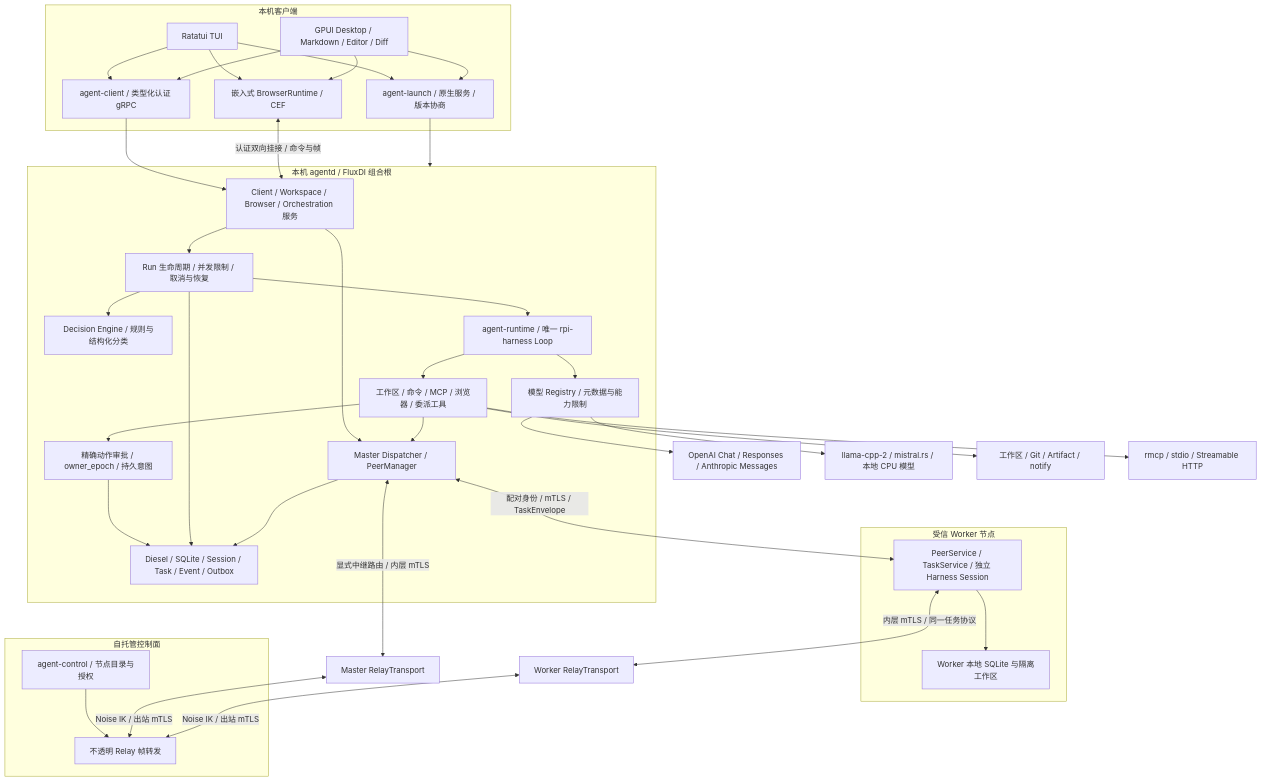
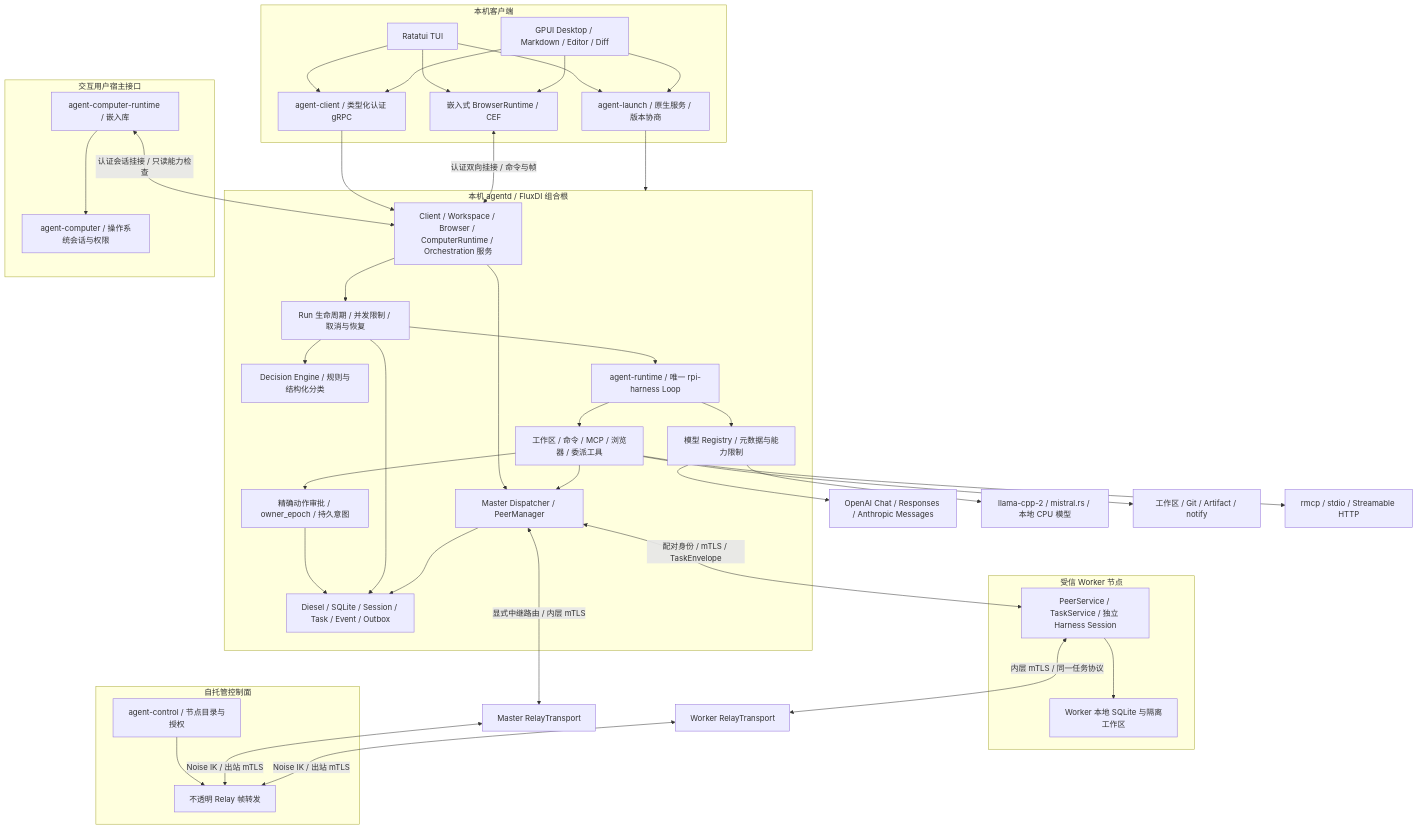
The first of 4 diagrams in docs/zh/src/architecture.md (lyonbrown4d/lyonbrown), drawn with Mermaid before and after one commit. The commit also changed other lines of this file and 29 other files, not shown here.

Commit message:
feat: attach computer runtime to authenticated daemon sessions

````diff
--- a/docs/zh/src/architecture.md
+++ b/docs/zh/src/architecture.md
@@ -7,62 +7,68 @@
 ```mermaid
 flowchart TB
     subgraph Clients[本机客户端]
         CLI[Ratatui TUI]
         Desktop[GPUI Desktop / Markdown / Editor / Diff]
         Launcher[agent-launch / 原生服务 / 版本协商]
         Client[agent-client / 类型化认证 gRPC]
         CLI --> Launcher
         Desktop --> Launcher
         CLI --> Client
         Desktop --> Client
         Browser[嵌入式 BrowserRuntime / CEF]
         CLI --> Browser
         Desktop --> Browser
     end
     subgraph Agentd[本机 agentd / FluxDI 组合根]
-        API[Client / Workspace / Browser / Orchestration 服务]
+        API[Client / Workspace / Browser / ComputerRuntime / Orchestration 服务]
         Decision[Decision Engine / 规则与结构化分类]
         Run[Run 生命周期 / 并发限制 / 取消与恢复]
         Harness[agent-runtime / 唯一 rpi-harness Loop]
         Model[模型 Registry / 元数据与能力限制]
         Tools[工作区 / 命令 / MCP / 浏览器 / 委派工具]
         Approval[精确动作审批 / owner_epoch / 持久意图]
         Store[Diesel / SQLite / Session / Task / Event / Outbox]
         Dispatcher[Master Dispatcher / PeerManager]
         API --> Run
         API --> Dispatcher
         Run --> Decision
         Run --> Harness
         Harness --> Model
         Harness --> Tools
         Tools --> Approval
         Tools --> Dispatcher
         Approval --> Store
         Run --> Store
         Dispatcher --> Store
     end
     Client --> API
     Launcher --> Agentd
     Browser <-->|认证双向挂接 / 命令与帧| API
+    subgraph NativeHost[交互用户宿主接口]
+        Computer[agent-computer-runtime / 嵌入库]
+        OS[agent-computer / 操作系统会话与权限]
+        Computer --> OS
+    end
+    Computer <-->|认证会话挂接 / 只读能力检查| API
     Model --> Remote[OpenAI Chat / Responses / Anthropic Messages]
     Model --> Native[llama-cpp-2 / mistral.rs / 本地 CPU 模型]
     Tools --> Workspace[工作区 / Git / Artifact / notify]
     Tools --> MCP[rmcp / stdio / Streamable HTTP]
     subgraph PeerNode[受信 Worker 节点]
         Worker[PeerService / TaskService / 独立 Harness Session]
         WorkerStore[Worker 本地 SQLite 与隔离工作区]
         Worker --> WorkerStore
     end
     Dispatcher <-->|配对身份 / mTLS / TaskEnvelope| Worker
     subgraph WAN[自托管控制面]
         Control[agent-control / 节点目录与授权]
         Relay[不透明 Relay 帧转发]
         Control --> Relay
     end
     MasterRelay[Master RelayTransport]
     WorkerRelay[Worker RelayTransport]
     Dispatcher <-->|显式中继路由 / 内层 mTLS| MasterRelay
     Worker <-->|内层 mTLS / 同一任务协议| WorkerRelay
     MasterRelay <-->|Noise IK / 出站 mTLS| Relay
     WorkerRelay <-->|Noise IK / 出站 mTLS| Relay
 ```
````
